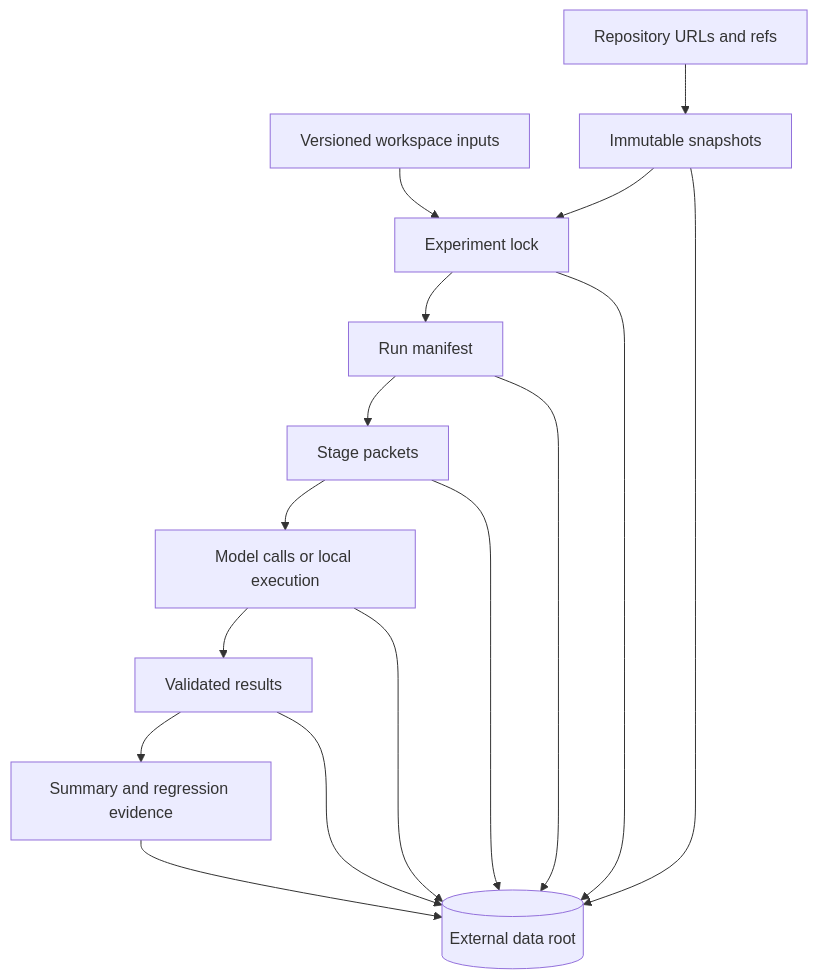
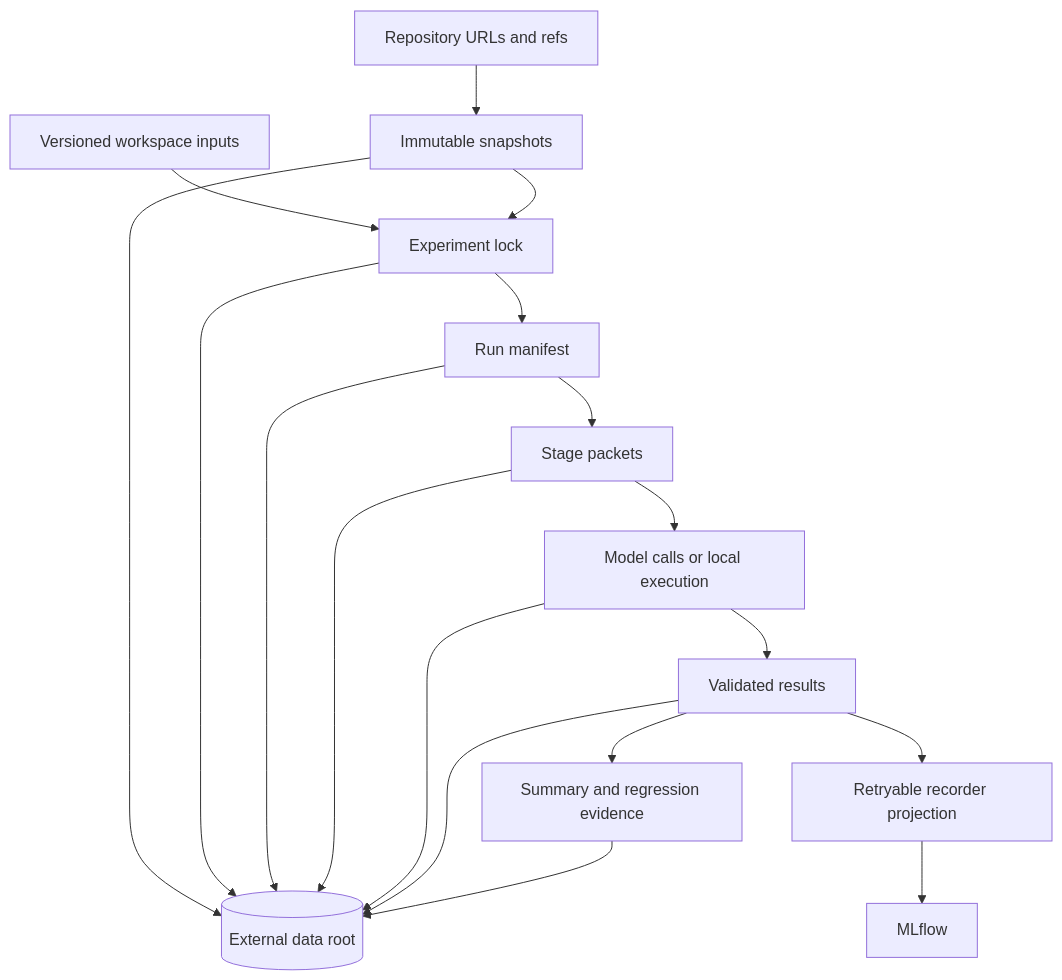
The diagram in docs/architecture/storage-and-provenance.md (mainsequence-sdk/repo-agent-eval), drawn with Mermaid before and after one commit. The commit also changed other lines of this file and 558 other files, not shown here.

````diff
--- a/docs/architecture/storage-and-provenance.md
+++ b/docs/architecture/storage-and-provenance.md
@@ -6,19 +6,21 @@
 ```mermaid
 flowchart TB
     Workspace[Versioned workspace inputs] --> Lock[Experiment lock]
     Sources[Repository URLs and refs] --> Snapshots[Immutable snapshots]
     Snapshots --> Lock
     Lock --> Run[Run manifest]
     Run --> Packets[Stage packets]
     Packets --> Calls[Model calls or local execution]
     Calls --> Results[Validated results]
     Results --> Aggregate[Summary and regression evidence]
+    Results --> Recorder[Retryable recorder projection]
+    Recorder --> MLflow[MLflow]
 
     Snapshots --> External[(External data root)]
     Lock --> External
     Run --> External
     Packets --> External
     Calls --> External
     Results --> External
     Aggregate --> External
 ```
````
